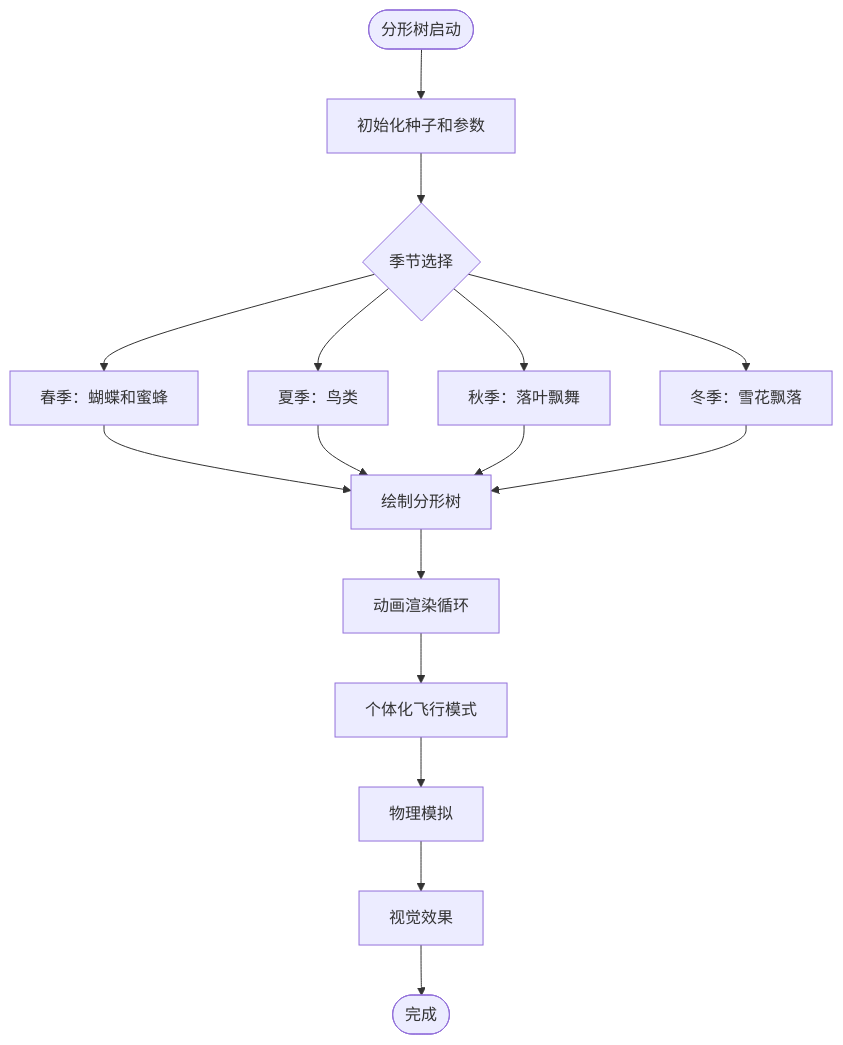
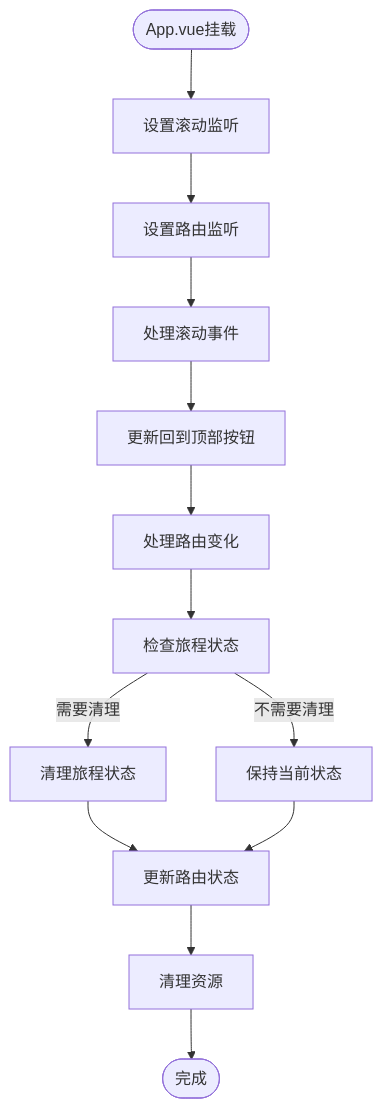
Diagram 13 of 14 in .qoder/repowiki/zh/content/动画系统/动画系统.md (yuyezhizhi/yuyezhizhi.github.io), drawn with Mermaid before and after one commit. The commit also changed other lines of this file and 10 other files, not shown here.

````diff
--- a/.qoder/repowiki/zh/content/动画系统/动画系统.md
+++ b/.qoder/repowiki/zh/content/动画系统/动画系统.md
@@ -372,18 +634,15 @@
 ```mermaid
 flowchart TD
-Start(["分形树启动"]) --> Init["初始化种子和参数"]
-Init --> Season{"季节选择"}
-Season --> Spring["春季：蝴蝶和蜜蜂"]
-Season --> Summer["夏季：鸟类"]
-Season --> Autumn["秋季：落叶飘舞"]
-Season --> Winter["冬季：雪花飘落"]
-Spring --> DrawTree["绘制分形树"]
-Summer --> DrawTree
-Autumn --> DrawTree
-Winter --> DrawTree
-DrawTree --> Animate["动画渲染循环"]
-Animate --> Individual["个体化飞行模式"]
-Individual --> Physics["物理模拟"]
-Physics --> Visual["视觉效果"]
-Visual --> End(["完成"])
+Start(["App.vue挂载"]) --> SetupListeners["设置滚动监听"]
+SetupListeners --> SetupRouteWatcher["设置路由监听"]
+SetupRouteWatcher --> HandleScroll["处理滚动事件"]
+HandleScroll --> UpdateBackToTop["更新回到顶部按钮"]
+UpdateBackToTop --> HandleRouteChange["处理路由变化"]
+HandleRouteChange --> CheckJourney["检查旅程状态"]
+CheckJourney --> |需要清理| ClearJourney["清理旅程状态"]
+CheckJourney --> |不需要清理| KeepState["保持当前状态"]
+ClearJourney --> UpdateRoute["更新路由状态"]
+KeepState --> UpdateRoute
+UpdateRoute --> Cleanup["清理资源"]
+Cleanup --> End(["完成"])
 ```
````
